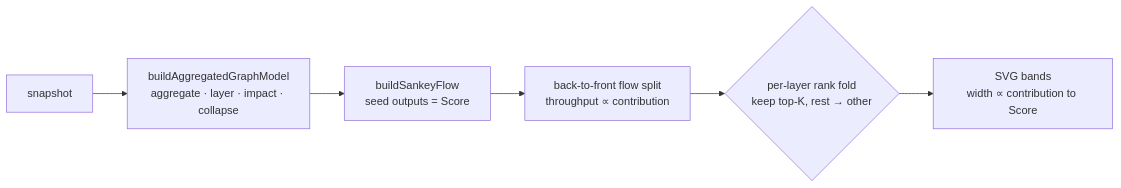
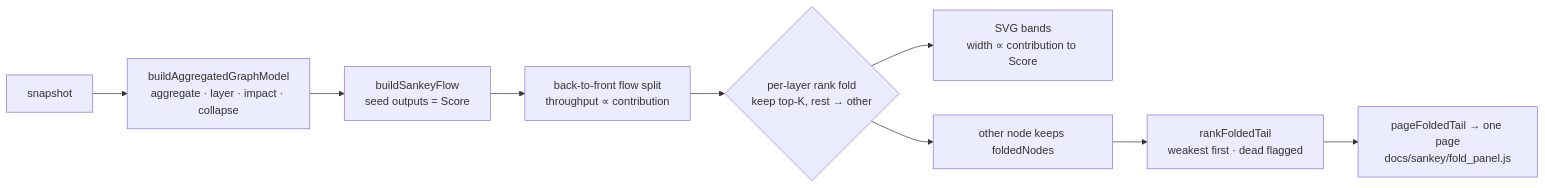
One commit to stSoftwareAU/NEAT-AI-Explore changed the fifth of 12 diagrams in README.md. Above: the diagram before and after it, drawn with Mermaid. The commit also changed other lines of this file and 10 other files, not shown here.

First line of the commit message:
Sankey: make the folded "other" node inspectable (Issue #538)

````diff
--- a/README.md
+++ b/README.md
@@ -450,8 +458,11 @@
 ```mermaid
 flowchart LR
     S[snapshot] --> M["buildAggregatedGraphModel<br/>aggregate · layer · impact · collapse"]
     M --> F["buildSankeyFlow<br/>seed outputs = Score"]
     F --> B["back-to-front flow split<br/>throughput ∝ contribution"]
     B --> R{"per-layer rank fold<br/>keep top-K, rest → other"}
     R --> V["SVG bands<br/>width ∝ contribution to Score"]
+    R --> O["other node keeps foldedNodes"]
+    O --> K["rankFoldedTail<br/>weakest first · dead flagged"]
+    K --> P["pageFoldedTail → one page<br/>docs/sankey/fold_panel.js"]
 ```
````
